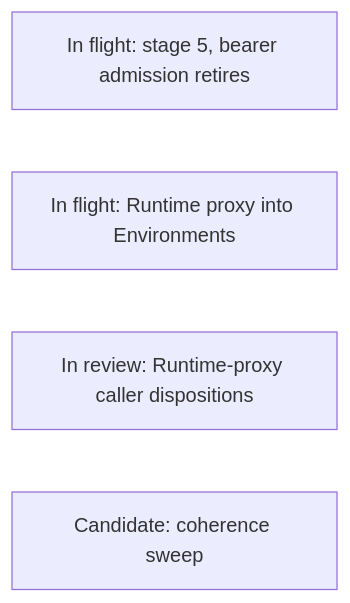
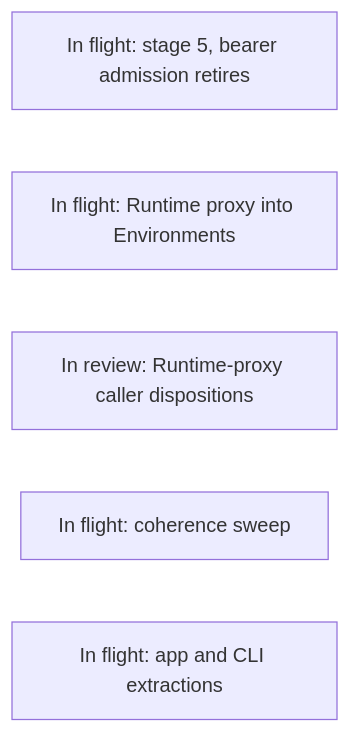
Before and after one commit to agentydragon/ducktape: the first of 21 diagrams in agentplane/plans/task_dag.md, drawn with Mermaid. The commit also changed other lines of this file, not shown here.

First line of the commit message:
agentplane/plans: record the coherence sweep and app/CLI extractions release

````diff
--- a/agentplane/plans/task_dag.md
+++ b/agentplane/plans/task_dag.md
@@ -207,7 +209,8 @@
 ```mermaid
 flowchart LR
     PRIVILEGED_BACKEND_AUTH_DESIGN[In flight: stage 5, bearer admission retires]
     RUNTIME_PROXY_TO_ENVIRONMENTS[In flight: Runtime proxy into Environments]
     RUNTIME_PROXY_CALLER_AUDIT[In review: Runtime-proxy caller dispositions]
-    REFACTOR_COHERENCE_AUDIT[Candidate: coherence sweep]
+    REFACTOR_COHERENCE_AUDIT[In flight: coherence sweep]
+    GO_LOCAL_EXTRACTIONS[In flight: app and CLI extractions]
 ```
````
